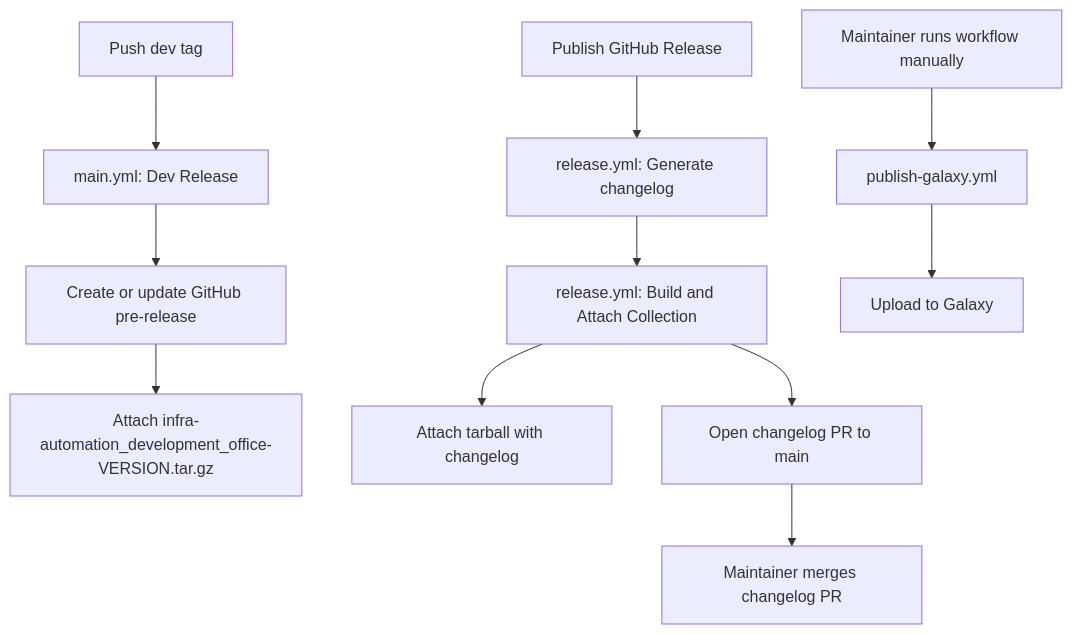
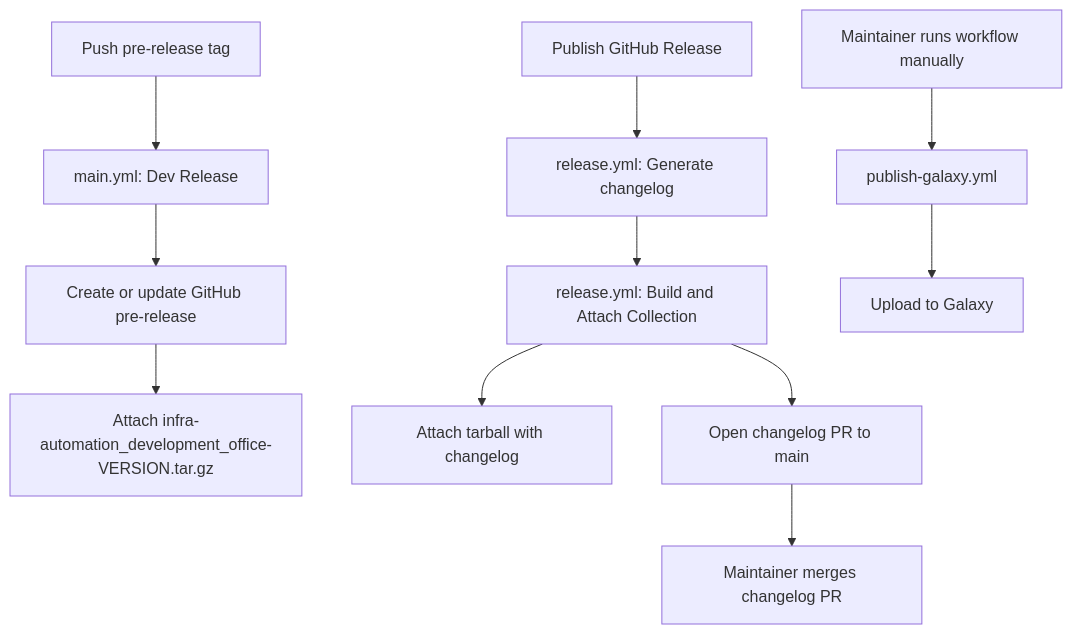
The second of 2 diagrams in .github/Developers _Guide.md (redhat-cop/infra.automation-development-office), drawn with Mermaid before and after one commit. The commit also changed other lines of this file and 1 other file, not shown here.

Commit message:
Restrict dev release workflow to pre-release tags and skip official releases

````diff
--- a/.github/Developers _Guide.md
+++ b/.github/Developers _Guide.md
@@ -627,15 +629,15 @@
 ```mermaid
 flowchart TD
-  devTag[Push dev tag] --> devJob[main.yml: Dev Release]
+  devTag[Push pre-release tag] --> devJob[main.yml: Dev Release]
   devJob --> preRelease[Create or update GitHub pre-release]
   preRelease --> devAsset[Attach infra-automation_development_office-VERSION.tar.gz]
 
   publishRelease[Publish GitHub Release] --> changelogJob[release.yml: Generate changelog]
   changelogJob --> assetJob[release.yml: Build and Attach Collection]
   assetJob --> officialAsset[Attach tarball with changelog]
   assetJob --> changelogPR[Open changelog PR to main]
   changelogPR --> mergePR[Maintainer merges changelog PR]
 
   manualGalaxy[Maintainer runs workflow manually] --> galaxyJob[publish-galaxy.yml]
   galaxyJob --> galaxy[Upload to Galaxy]
 ```
````
